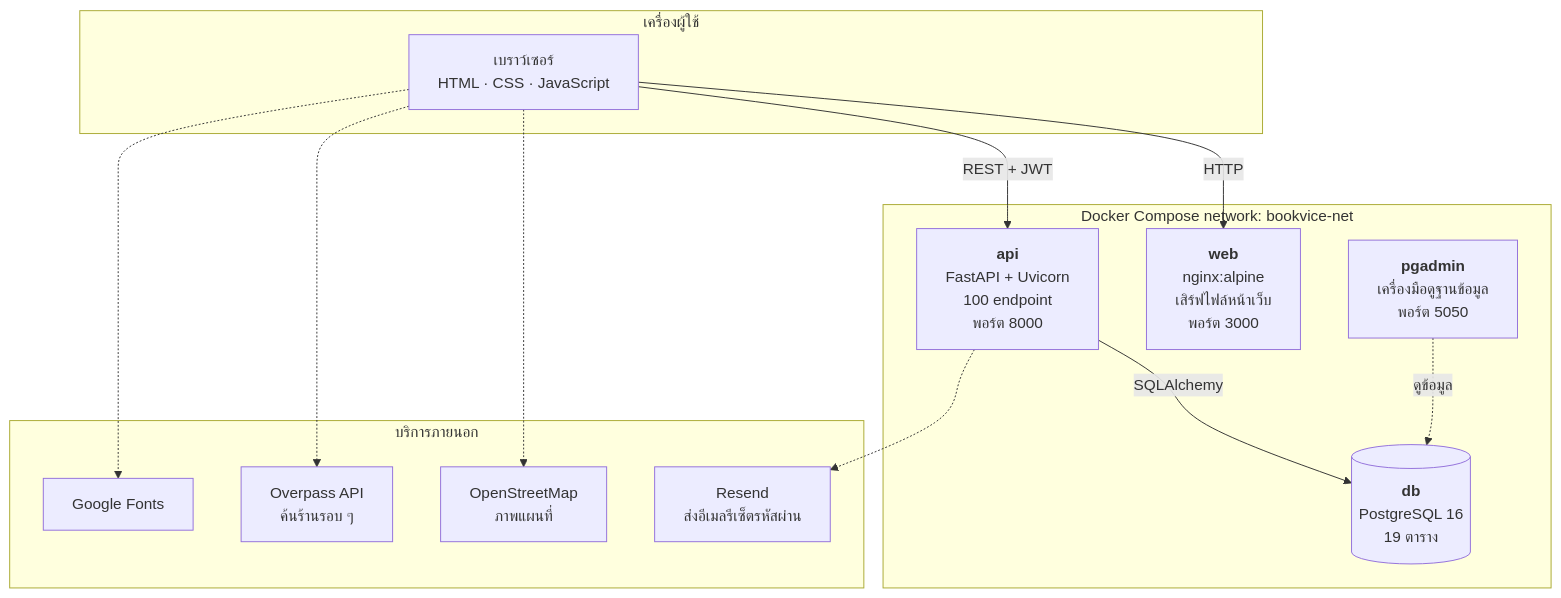
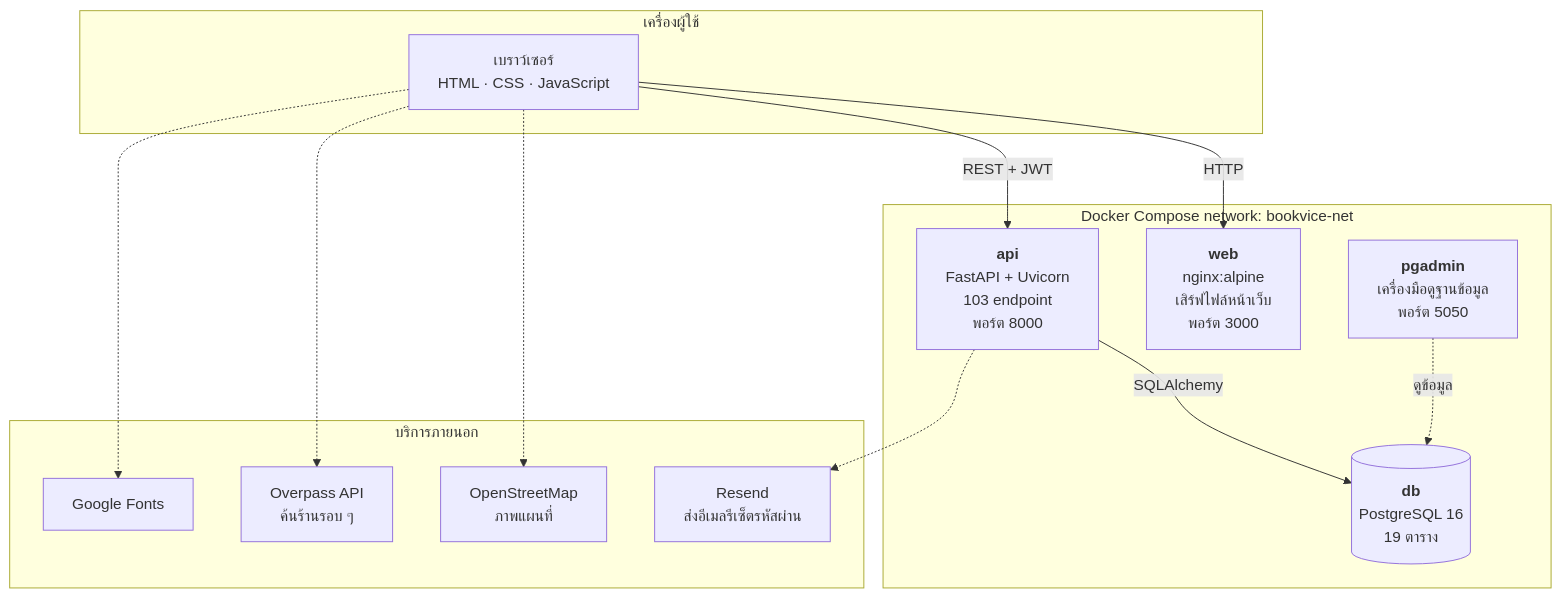
One commit to 67160333/WebApplicationDevelopment changed the first of 4 diagrams in docs/ARCHITECTURE.md. Above: the diagram before and after it, drawn with Mermaid. The commit also changed other lines of this file and 33 other files, not shown here.

````diff
--- a/docs/ARCHITECTURE.md
+++ b/docs/ARCHITECTURE.md
@@ -25,29 +25,29 @@
 ```mermaid
 graph TB
     subgraph client["เครื่องผู้ใช้"]
         B["เบราว์เซอร์<br/>HTML · CSS · JavaScript"]
     end
 
     subgraph docker["Docker Compose network: bookvice-net"]
         W["<b>web</b><br/>nginx:alpine<br/>เสิร์ฟไฟล์หน้าเว็บ<br/>พอร์ต 3000"]
-        A["<b>api</b><br/>FastAPI + Uvicorn<br/>100 endpoint<br/>พอร์ต 8000"]
+        A["<b>api</b><br/>FastAPI + Uvicorn<br/>103 endpoint<br/>พอร์ต 8000"]
         D[("<b>db</b><br/>PostgreSQL 16<br/>19 ตาราง")]
         P["<b>pgadmin</b><br/>เครื่องมือดูฐานข้อมูล<br/>พอร์ต 5050"]
     end
 
     subgraph ext["บริการภายนอก"]
         OSM["OpenStreetMap<br/>ภาพแผนที่"]
         OVP["Overpass API<br/>ค้นร้านรอบ ๆ"]
         RSD["Resend<br/>ส่งอีเมลรีเซ็ตรหัสผ่าน"]
         GF["Google Fonts"]
     end
 
     B -->|"HTTP"| W
     B -->|"REST + JWT"| A
     A -->|"SQLAlchemy"| D
     P -.->|"ดูข้อมูล"| D
     B -.-> OSM
     B -.-> OVP
     B -.-> GF
     A -.-> RSD
 ```
````
